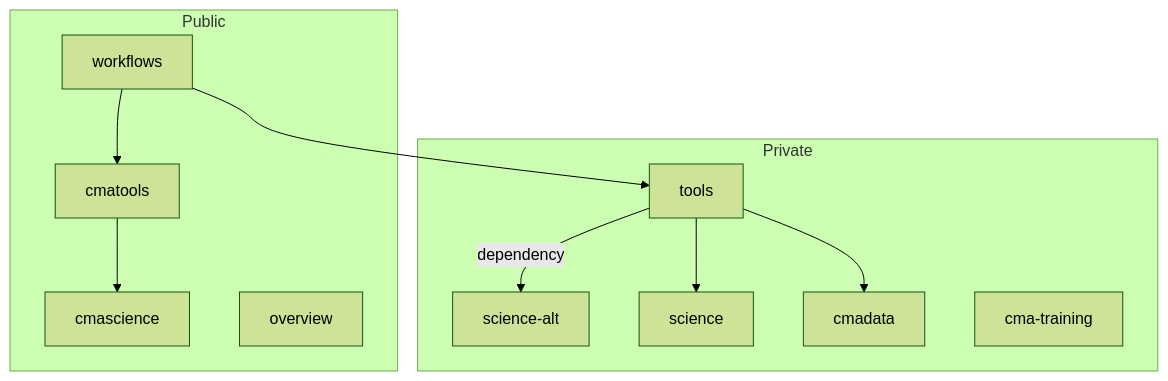
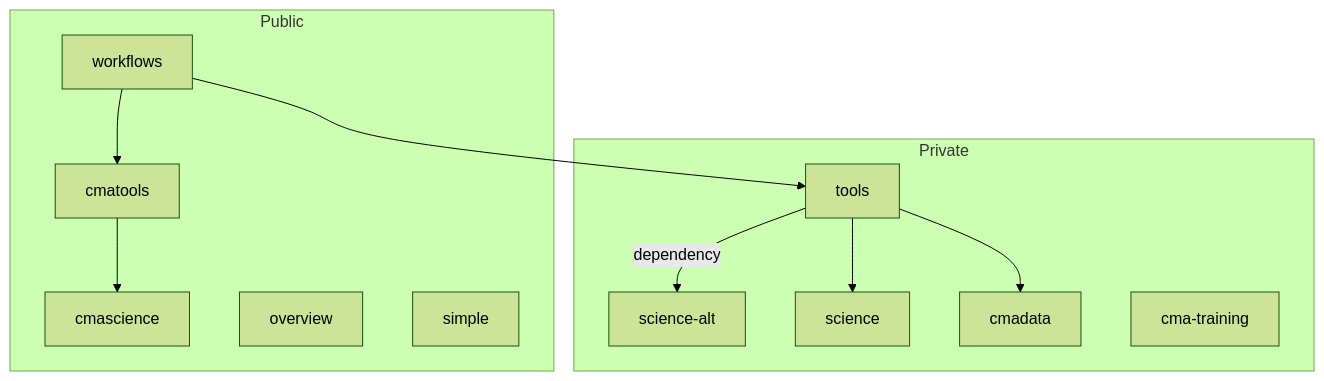
The diagram in README.md (cma-open/overview), drawn with Mermaid (forest theme) before and after one commit.

````diff
--- a/README.md
+++ b/README.md
@@ -10,26 +10,27 @@
 ```mermaid
 flowchart TB
  subgraph Public
     workflows
       click workflows "https://github.com/cma-open/workflows" "Link to workflows repo"
     workflows-->cmatools
     cmatools-->cmascience
     click cmatools "https://github.com/cma-open/cmatools" "Link to cmatools"
     overview
       click overview "https://github.com/cma-open/overview" "Link to overview repo"
       click cmascience "https://github.com/cma-open/cmascience" "Link to cmascience repo"
+    simple
       click simple "https://github.com/cma-open/simple" "Link to simple repo"
     end
     subgraph Private
     workflows-->tools
     tools-->|dependency|science-alt
       click science-alt "https://github.com/cma-open/science-alt" "Link to scient-alt repo"
     tools-->science
     click science "https://github.com/cma-open/science" "Link to science repo"
     click tools "https://github.com/cma-open/tools" "Link to science repo"
     tools-->cmadata
     click cmadata "https://github.com/cma-open/cmadata" "Link to cmadata repo"
     cma-training
       click cma-training "https://github.com/cma-open/cma-training" "Link to training repo"
     end
 ```
````
